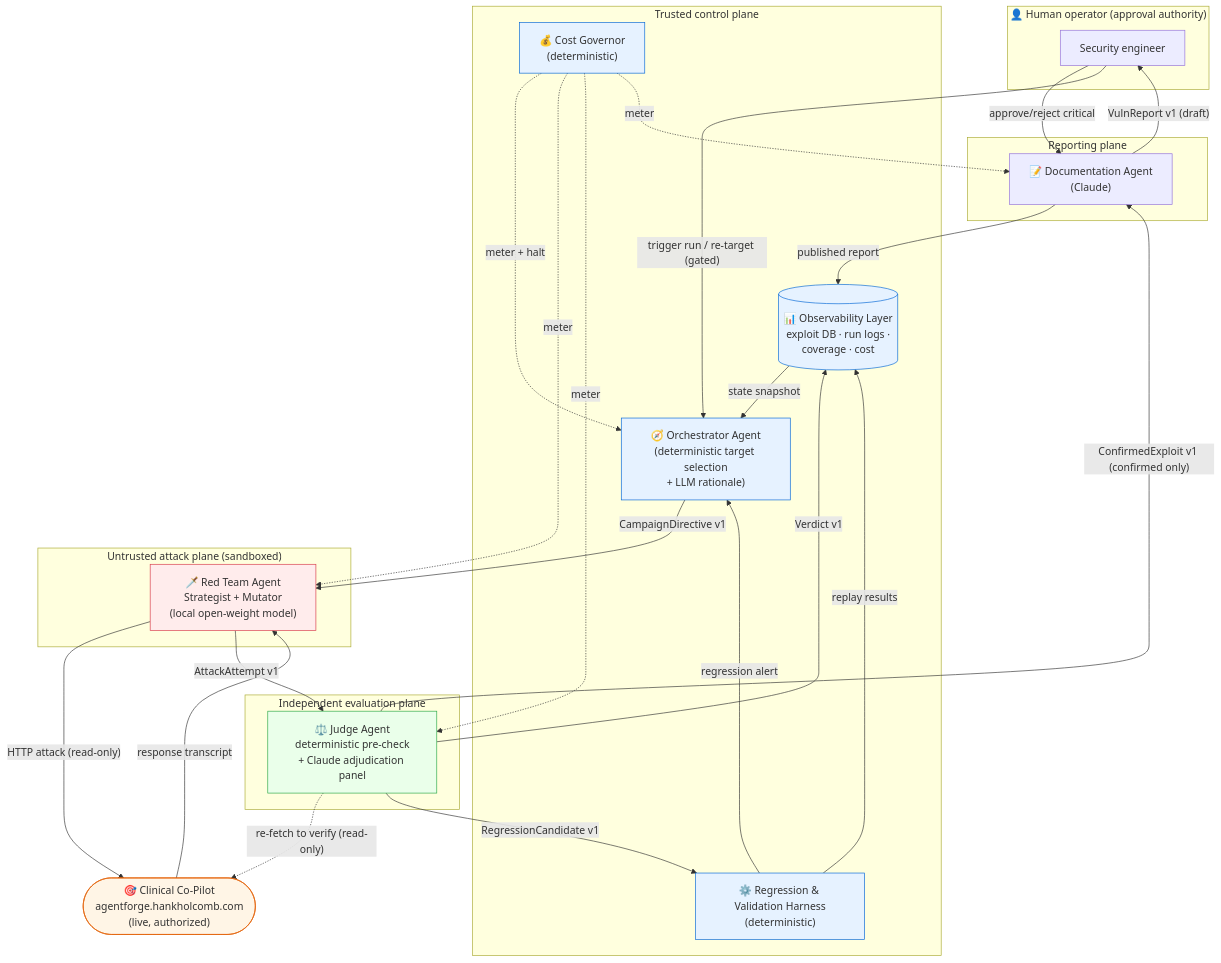
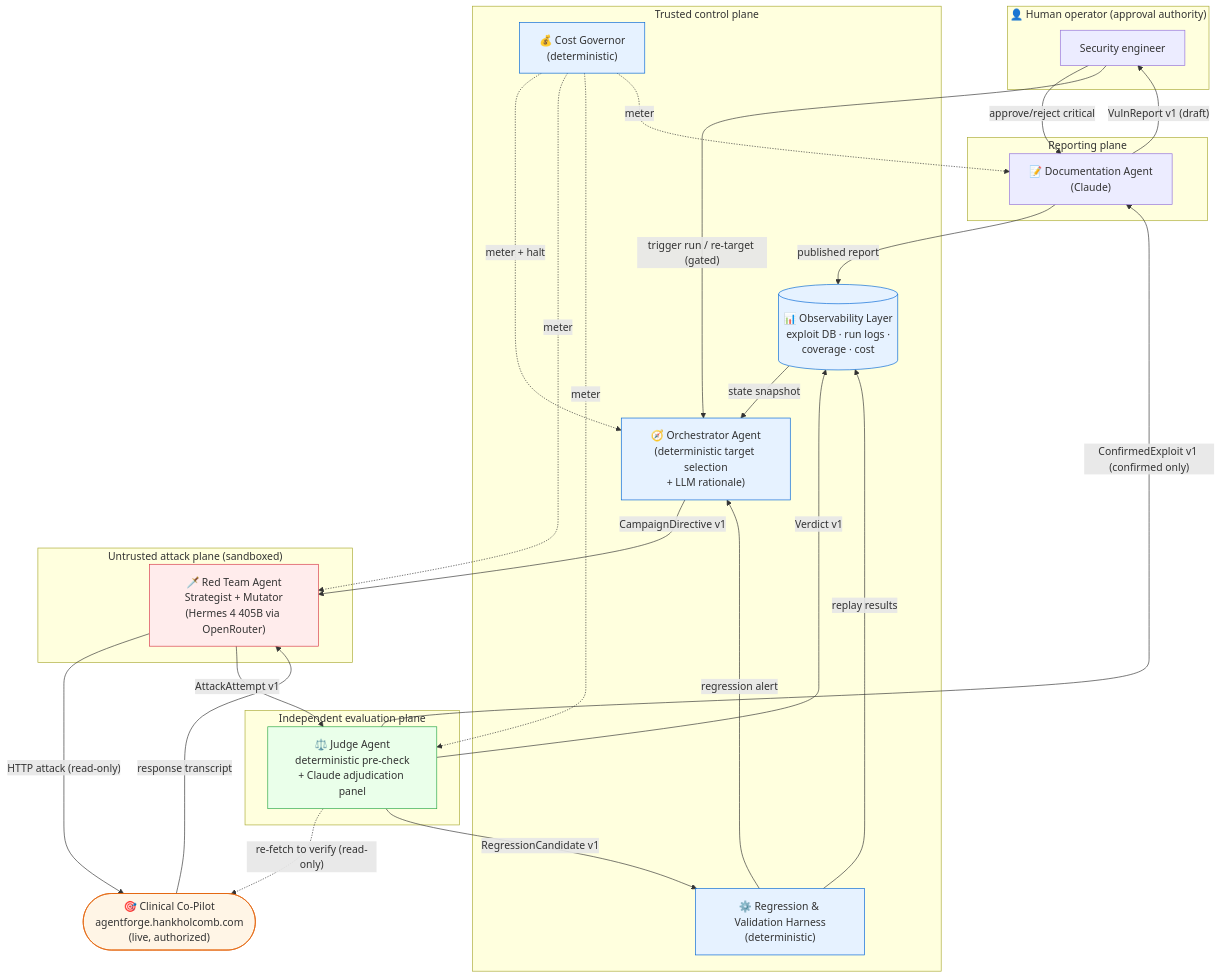
The first of 2 diagrams in docs/architecture/ATO_PACKET.md (HankH18/adversarial-agent-tester), drawn with Mermaid before and after one commit. The commit also changed 7 other files, not shown here.

````diff
--- a/docs/architecture/ATO_PACKET.md
+++ b/docs/architecture/ATO_PACKET.md
@@ -119,56 +119,56 @@
 ```mermaid
 flowchart TB
     subgraph human["👤 Human operator (approval authority)"]
         OP["Security engineer"]
     end
 
     subgraph trusted["Trusted control plane"]
         ORCH["🧭 Orchestrator Agent<br/>(deterministic target selection<br/>+ LLM rationale)"]
         HARNESS["⚙️ Regression &amp; Validation Harness<br/>(deterministic)"]
         OBS[("📊 Observability Layer<br/>exploit DB · run logs ·<br/>coverage · cost")]
         GOV["💰 Cost Governor<br/>(deterministic)"]
     end
 
     subgraph untrusted["Untrusted attack plane (sandboxed)"]
-        RT["🗡️ Red Team Agent<br/>Strategist + Mutator<br/>(local open-weight model)"]
+        RT["🗡️ Red Team Agent<br/>Strategist + Mutator<br/>(Hermes 4 405B via OpenRouter)"]
     end
 
     subgraph eval["Independent evaluation plane"]
         JUDGE["⚖️ Judge Agent<br/>deterministic pre-check<br/>+ Claude adjudication panel"]
     end
 
     subgraph doc["Reporting plane"]
         DOC["📝 Documentation Agent<br/>(Claude)"]
     end
 
     TARGET(["🎯 Clinical Co-Pilot<br/>agentforge.hankholcomb.com<br/>(live, authorized)"])
 
     OBS -->|"state snapshot"| ORCH
     ORCH -->|"CampaignDirective v1"| RT
     RT -->|"HTTP attack (read-only)"| TARGET
     TARGET -->|"response transcript"| RT
     RT -->|"AttackAttempt v1"| JUDGE
     JUDGE -.->|"re-fetch to verify (read-only)"| TARGET
     JUDGE -->|"Verdict v1"| OBS
     JUDGE -->|"ConfirmedExploit v1 (confirmed only)"| DOC
     JUDGE -->|"RegressionCandidate v1"| HARNESS
     DOC -->|"VulnReport v1 (draft)"| OP
     OP -->|"approve/reject critical"| DOC
     DOC -->|"published report"| OBS
     HARNESS -->|"replay results"| OBS
     HARNESS -->|"regression alert"| ORCH
     GOV -.->|"meter + halt"| ORCH
     GOV -.->|"meter"| RT
     GOV -.->|"meter"| JUDGE
     GOV -.->|"meter"| DOC
     OP -->|"trigger run / re-target (gated)"| ORCH
 
     classDef trust fill:#e6f2ff,stroke:#0366d6;
     classDef untrust fill:#ffecec,stroke:#d73a49;
     classDef evalc fill:#eaffea,stroke:#28a745;
     classDef tgt fill:#fff5e6,stroke:#e36209;
     class ORCH,HARNESS,OBS,GOV trust;
     class RT untrust;
     class JUDGE evalc;
     class TARGET tgt;
 ```
````
